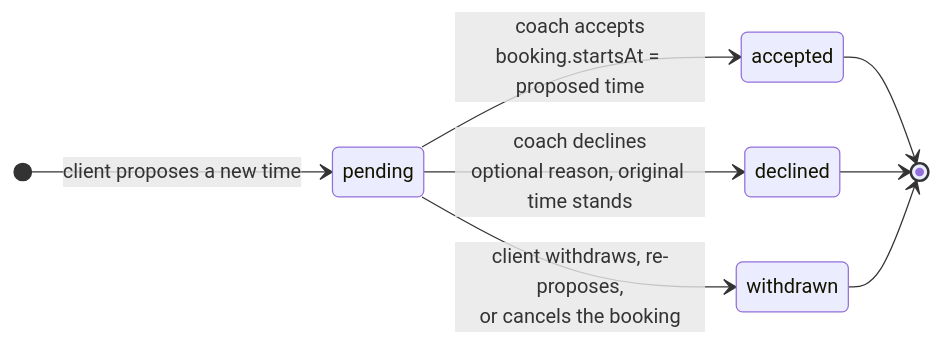
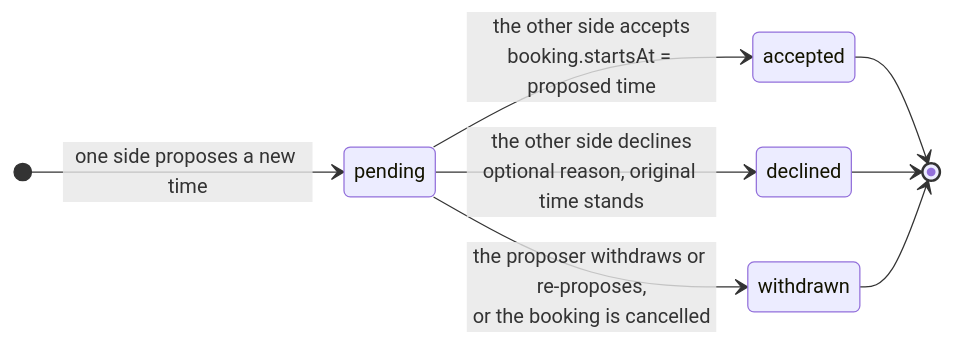
One commit to adidoesnt/bwh-monorepo changed the third of 3 diagrams in apps/booking-portal/docs/BOOKING-LIFECYCLE.md. Above: the diagram before and after it, drawn with Mermaid. The commit also changed other lines of this file and 3 other files, not shown here.

Commit message:
add coach reschedules/cancellations + notifications to roadmap

````diff
--- a/apps/booking-portal/docs/BOOKING-LIFECYCLE.md
+++ b/apps/booking-portal/docs/BOOKING-LIFECYCLE.md
@@ -190,11 +195,11 @@
 ```mermaid
 stateDiagram-v2
     direction LR
-    [*] --> pending: client proposes a new time
-    pending --> accepted: coach accepts<br/>booking.startsAt = proposed time
-    pending --> declined: coach declines<br/>optional reason, original time stands
-    pending --> withdrawn: client withdraws, re-proposes,<br/>or cancels the booking
+    [*] --> pending: one side proposes a new time
+    pending --> accepted: the other side accepts<br/>booking.startsAt = proposed time
+    pending --> declined: the other side declines<br/>optional reason, original time stands
+    pending --> withdrawn: the proposer withdraws or re-proposes,<br/>or the booking is cancelled
     accepted --> [*]
     declined --> [*]
     withdrawn --> [*]
 ```
````
